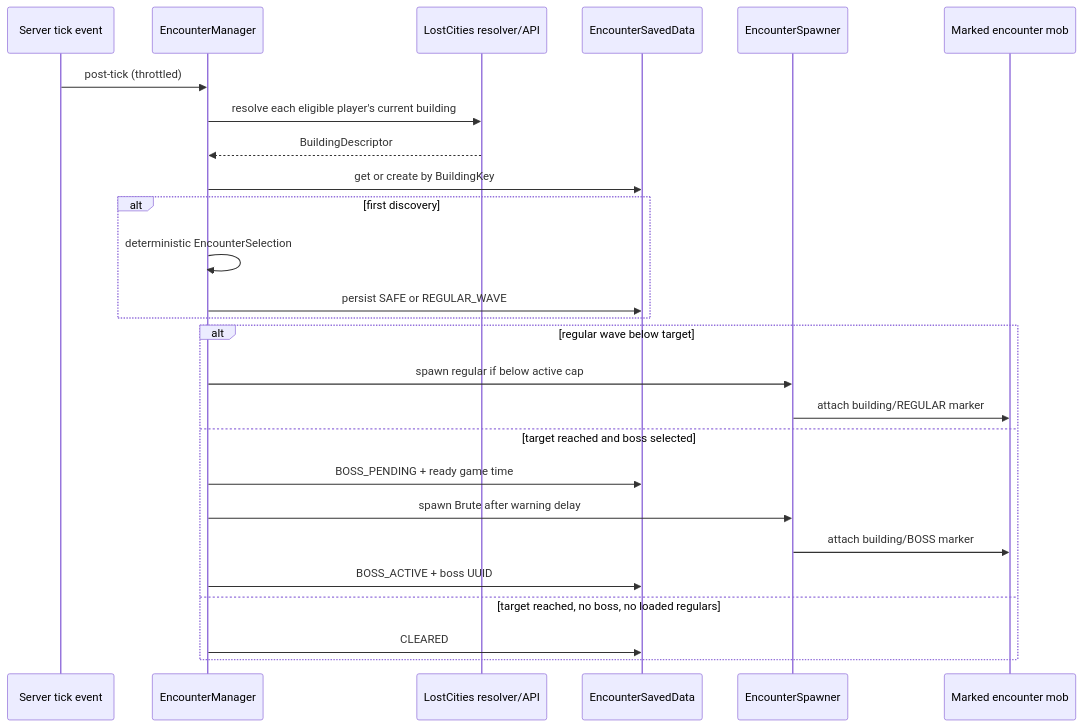
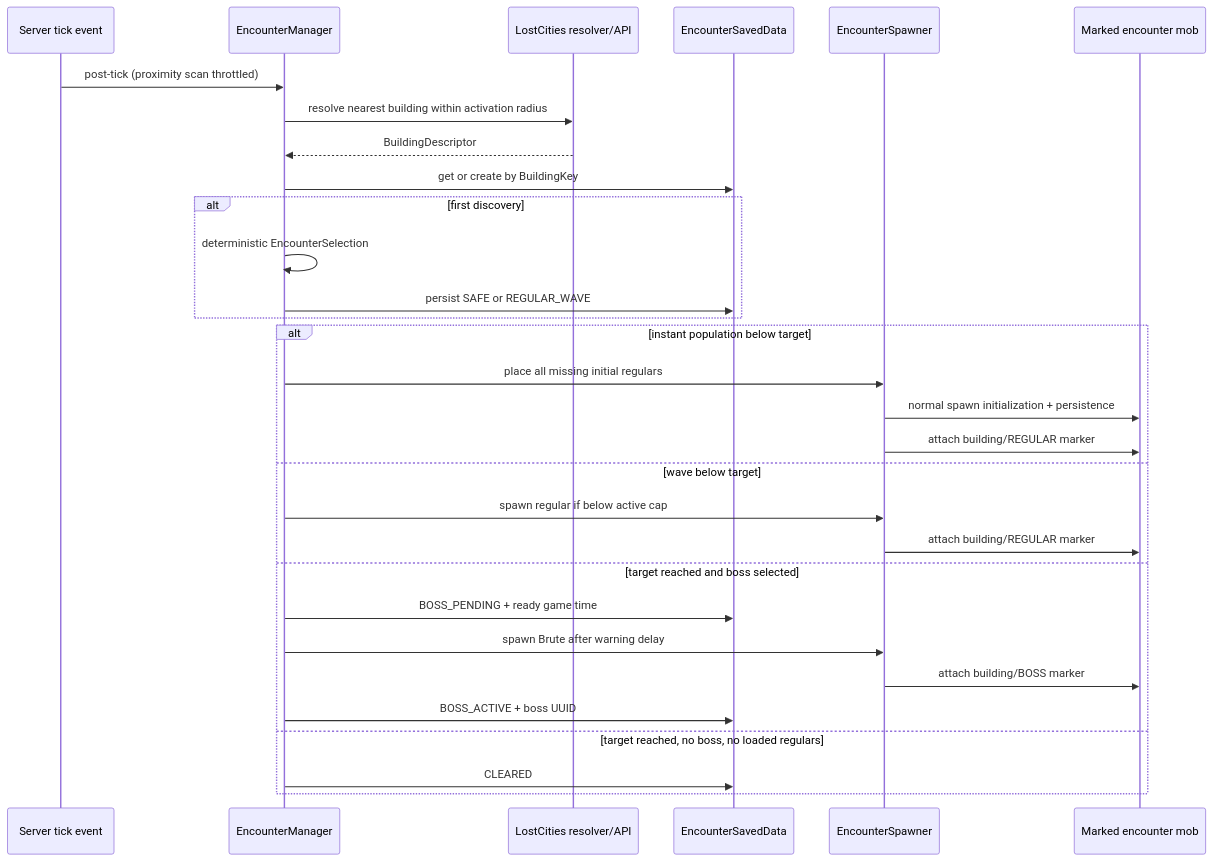
Before and after one commit to gev414/biohazard: the second of 4 diagrams in docs/architecture.md, drawn with Mermaid. The commit also changed other lines of this file and 14 other files, not shown here.

Commit message:
Add proximity-based city encounters + instant spawn mode

````diff
--- a/docs/architecture.md
+++ b/docs/architecture.md
@@ -240,29 +242,33 @@
 ```mermaid
 sequenceDiagram
     participant Tick as Server tick event
     participant EM as EncounterManager
     participant LC as LostCities resolver/API
     participant SD as EncounterSavedData
     participant SP as EncounterSpawner
     participant Mob as Marked encounter mob
 
-    Tick->>EM: post-tick (throttled)
-    EM->>LC: resolve each eligible player's current building
+    Tick->>EM: post-tick (proximity scan throttled)
+    EM->>LC: resolve nearest building within activation radius
     LC-->>EM: BuildingDescriptor
     EM->>SD: get or create by BuildingKey
     alt first discovery
         EM->>EM: deterministic EncounterSelection
         EM->>SD: persist SAFE or REGULAR_WAVE
     end
-    alt regular wave below target
+    alt instant population below target
+        EM->>SP: place all missing initial regulars
+        SP->>Mob: normal spawn initialization + persistence
+        SP->>Mob: attach building/REGULAR marker
+    else wave below target
         EM->>SP: spawn regular if below active cap
         SP->>Mob: attach building/REGULAR marker
     else target reached and boss selected
         EM->>SD: BOSS_PENDING + ready game time
         EM->>SP: spawn Brute after warning delay
         SP->>Mob: attach building/BOSS marker
         EM->>SD: BOSS_ACTIVE + boss UUID
     else target reached, no boss, no loaded regulars
         EM->>SD: CLEARED
     end
 ```
````
